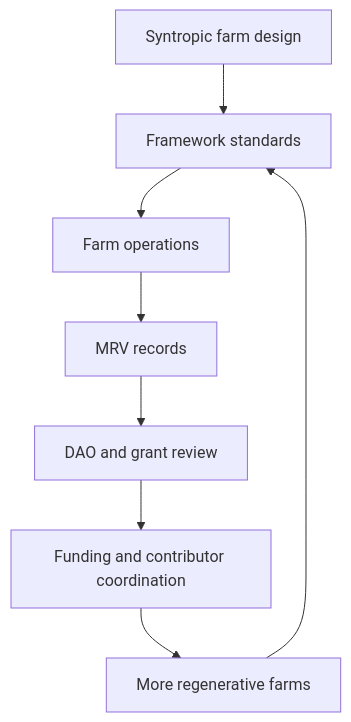
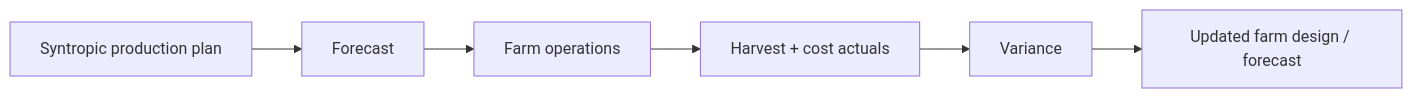
Before and after one commit to wasalo/Kokonut-Public-Site: the third of 3 diagrams in kokonut-framework/why-syntropic-farming.mdx, drawn with Mermaid. The commit also changed other lines of this file, not shown here.

Commit message:
docs(kokonut-framework): improve syntropic farming rationale

````diff
--- a/kokonut-framework/why-syntropic-farming.mdx
+++ b/kokonut-framework/why-syntropic-farming.mdx
@@ -185,10 +518,8 @@
 ```mermaid
-flowchart TD
-    A["Syntropic farm design"] --> B["Framework standards"]
+flowchart LR
+    A["Syntropic production plan"] --> B["Forecast"]
     B --> C["Farm operations"]
-    C --> D["MRV records"]
-    D --> E["DAO and grant review"]
-    E --> F["Funding and contributor coordination"]
-    F --> G["More regenerative farms"]
-    G --> B
+    C --> D["Harvest + cost actuals"]
+    D --> E["Variance"]
+    E --> F["Updated farm design / forecast"]
 ```
````
